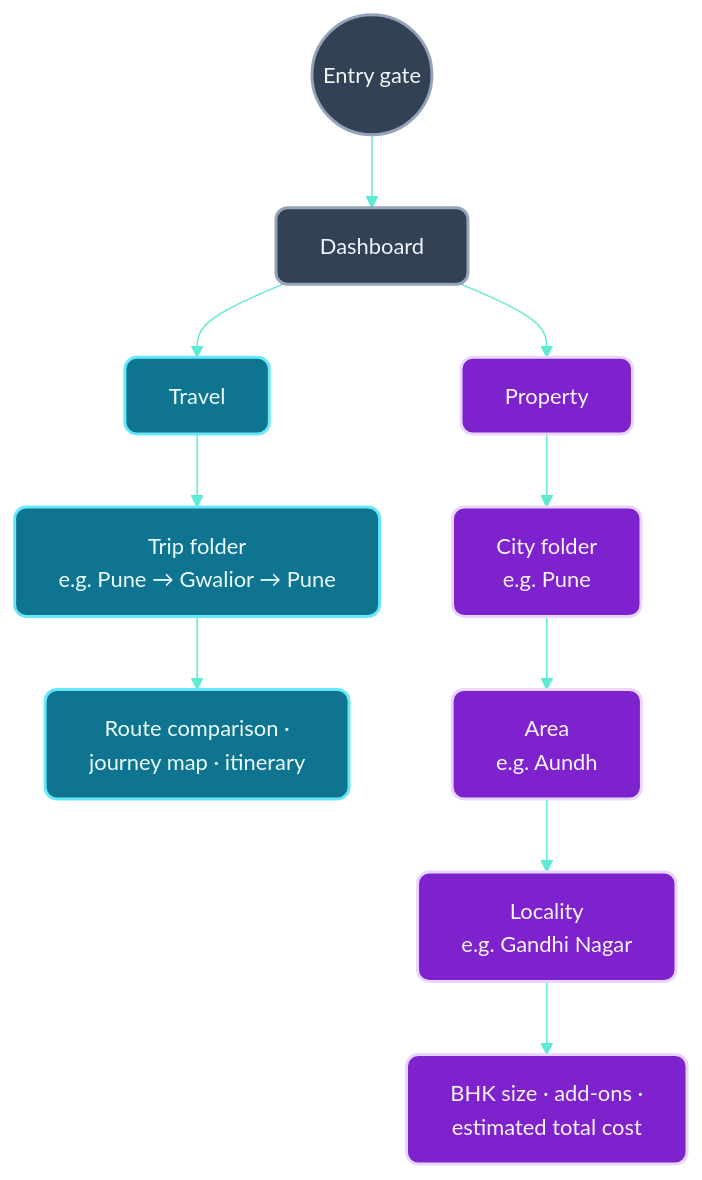
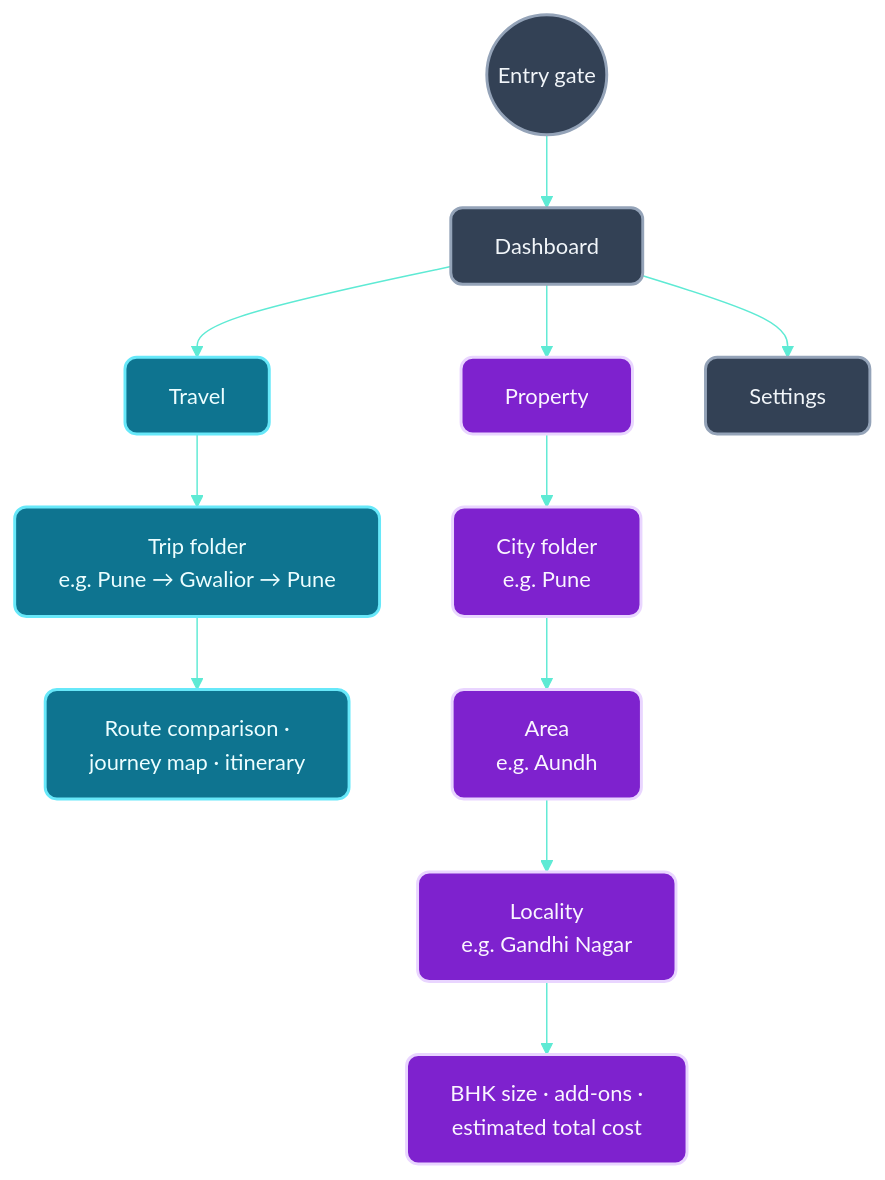
One commit to oomeanujoo/The-Lifestyle-Project changed the third of 15 diagrams in TECHNICAL_ARCHITECTURE.md. Above: the diagram before and after it, drawn with Mermaid. The commit also changed other lines of this file and 96 other files, not shown here.

````diff
--- a/TECHNICAL_ARCHITECTURE.md
+++ b/TECHNICAL_ARCHITECTURE.md
@@ -130,23 +130,25 @@
 ```mermaid
 %%{init: {'theme': 'base', 'themeVariables': {'background':'transparent','fontFamily':'Trebuchet MS, Verdana, sans-serif','fontSize':'15px','lineColor':'#5eead4'}}}%%
 flowchart TB
     Gate(("Entry gate")) --> Dashboard["Dashboard"]
     Dashboard --> Travel["Travel"]
     Dashboard --> Property["Property"]
 
     Travel --> TripFolder["Trip folder<br/>e.g. Pune → Gwalior → Pune"]
     TripFolder --> TripDetail["Route comparison ·<br/>journey map · itinerary"]
 
     Property --> City["City folder<br/>e.g. Pune"]
     City --> Area["Area<br/>e.g. Aundh"]
     Area --> Locality["Locality<br/>e.g. Gandhi Nagar"]
     Locality --> LocalityDetail["BHK size · add-ons ·<br/>estimated total cost"]
 
-    class Dashboard,Gate neutral;
+    Dashboard --> Settings["Settings"]
+
+    class Dashboard,Gate,Settings neutral;
     class Travel,TripFolder,TripDetail travel;
     class Property,City,Area,Locality,LocalityDetail property;
 
     classDef neutral fill:#334155,stroke:#94a3b8,color:#f1f5f9,stroke-width:2px,rx:8,ry:8;
     classDef travel fill:#0e7490,stroke:#67e8f9,color:#ecfeff,stroke-width:2px,rx:8,ry:8;
     classDef property fill:#7e22ce,stroke:#e9d5ff,color:#faf5ff,stroke-width:2px,rx:8,ry:8;
 ```
````
